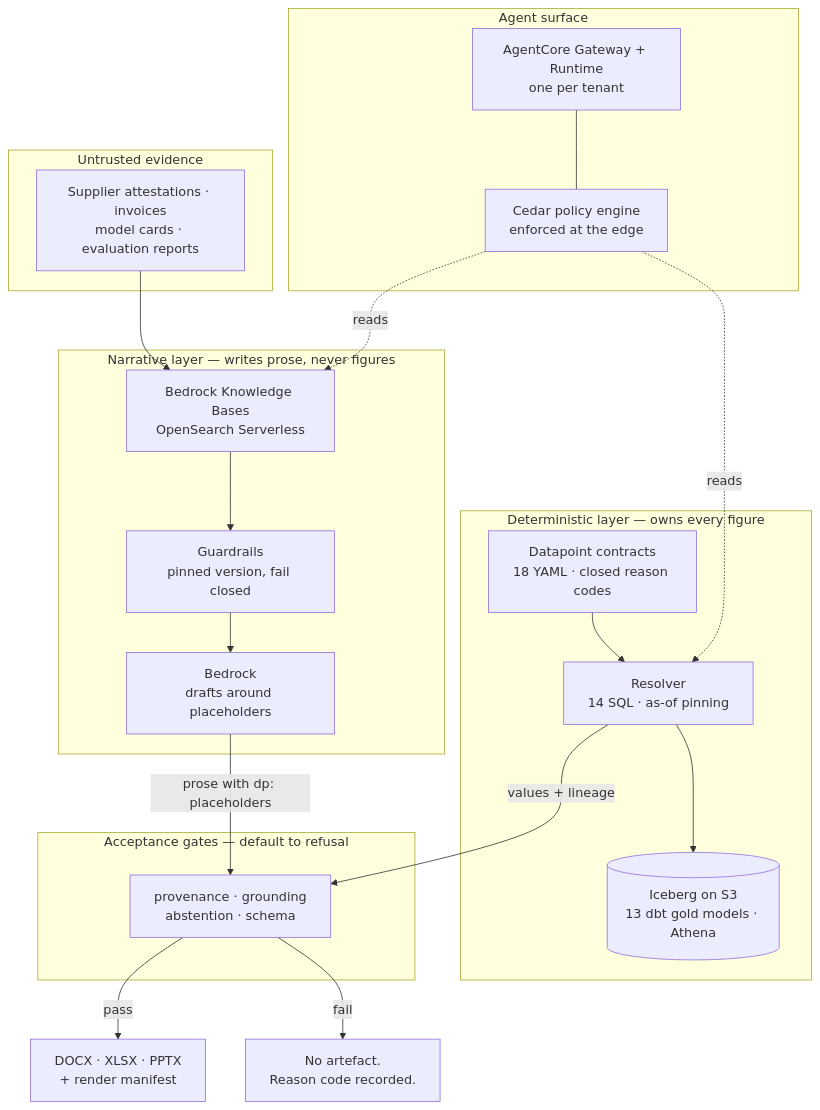
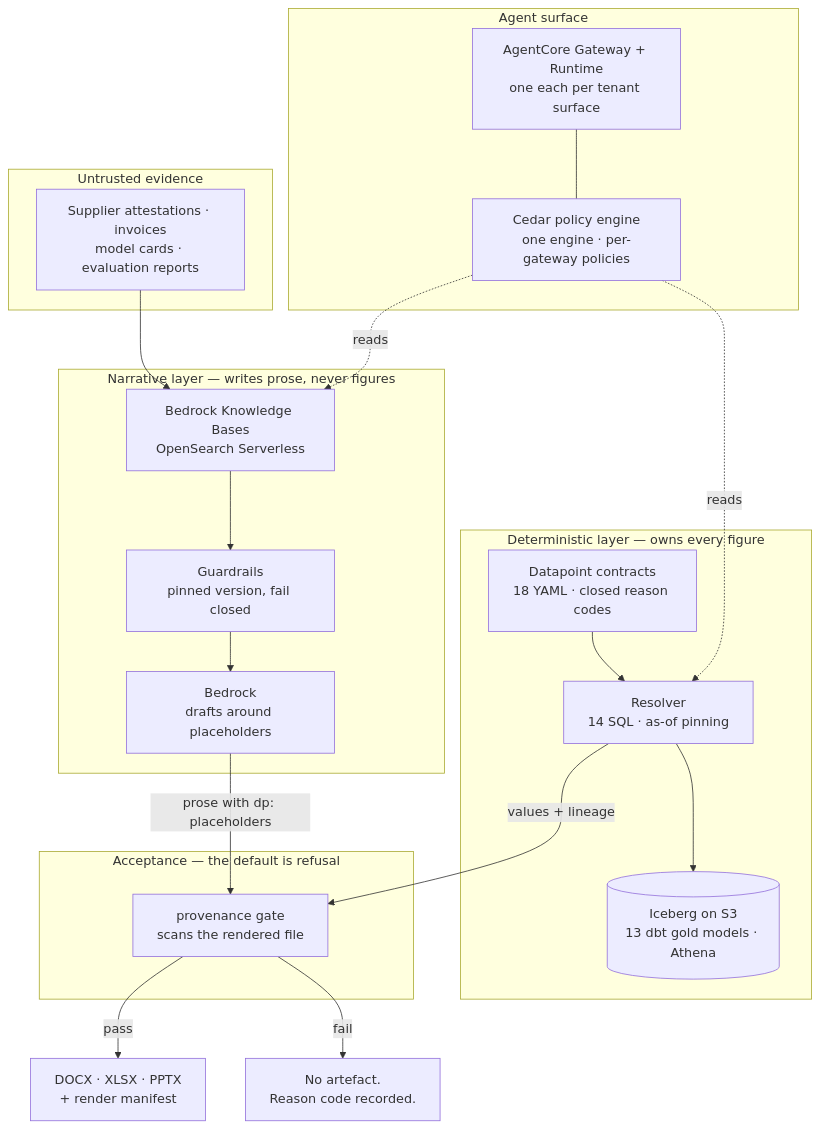
One commit to theofanis-tsakanikas/attestor changed the diagram in README.md. Above: the diagram before and after it, drawn with Mermaid. The commit also changed other lines of this file and 1 other file, not shown here.

````diff
--- a/README.md
+++ b/README.md
@@ -99,37 +98,37 @@
 ```mermaid
 flowchart TB
   subgraph evidence["Untrusted evidence"]
     DOCS["Supplier attestations · invoices<br/>model cards · evaluation reports"]
   end
 
   subgraph model["Narrative layer — writes prose, never figures"]
     KB["Bedrock Knowledge Bases<br/>OpenSearch Serverless"]
     GR["Guardrails<br/>pinned version, fail closed"]
     LLM["Bedrock<br/>drafts around placeholders"]
   end
 
   subgraph deterministic["Deterministic layer — owns every figure"]
     CON["Datapoint contracts<br/>18 YAML · closed reason codes"]
     RES["Resolver<br/>14 SQL · as-of pinning"]
     LAKE[("Iceberg on S3<br/>13 dbt gold models · Athena")]
   end
 
-  subgraph gates["Acceptance gates — default to refusal"]
-    PG["provenance · grounding<br/>abstention · schema"]
+  subgraph gates["Acceptance — the default is refusal"]
+    PG["provenance gate<br/>scans the rendered file"]
   end
 
   subgraph surface["Agent surface"]
-    AC["AgentCore Gateway + Runtime<br/>one per tenant"]
-    CE["Cedar policy engine<br/>enforced at the edge"]
+    AC["AgentCore Gateway + Runtime<br/>one each per tenant surface"]
+    CE["Cedar policy engine<br/>one engine · per-gateway policies"]
   end
 
   DOCS --> KB --> GR --> LLM
   CON --> RES --> LAKE
   LLM -- "prose with dp: placeholders" --> PG
   RES -- "values + lineage" --> PG
   PG -->|"pass"| OUT["DOCX · XLSX · PPTX<br/>+ render manifest"]
   PG -->|"fail"| NO["No artefact.<br/>Reason code recorded."]
   AC --- CE
   CE -.->|"reads"| RES
   CE -.->|"reads"| KB
 ```
````
